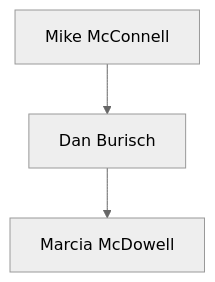
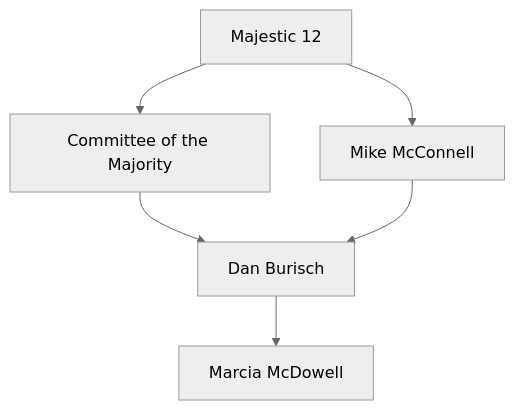
One commit to Black-Star-Institute/blackstar.github.io changed the diagram in docs/people/README.md. Above: the diagram before and after it, drawn with Mermaid (neutral theme).

````diff
--- a/docs/people/README.md
+++ b/docs/people/README.md
@@ -7,5 +7,8 @@
 ```mermaid
 graph TD
-    McConnell[Mike McConnell] --> dan
-    dan[Dan Burisch] --> B[Marcia McDowell]
+    MJ12[Majestic 12] --> Majority
+    Majority[Committee of the Majority] --> Burisch
+    MJ12 --> McConnell
+    McConnell[Mike McConnell] --> Burisch
+    Burisch[Dan Burisch] --> McDowell[Marcia McDowell]
 ```
````
